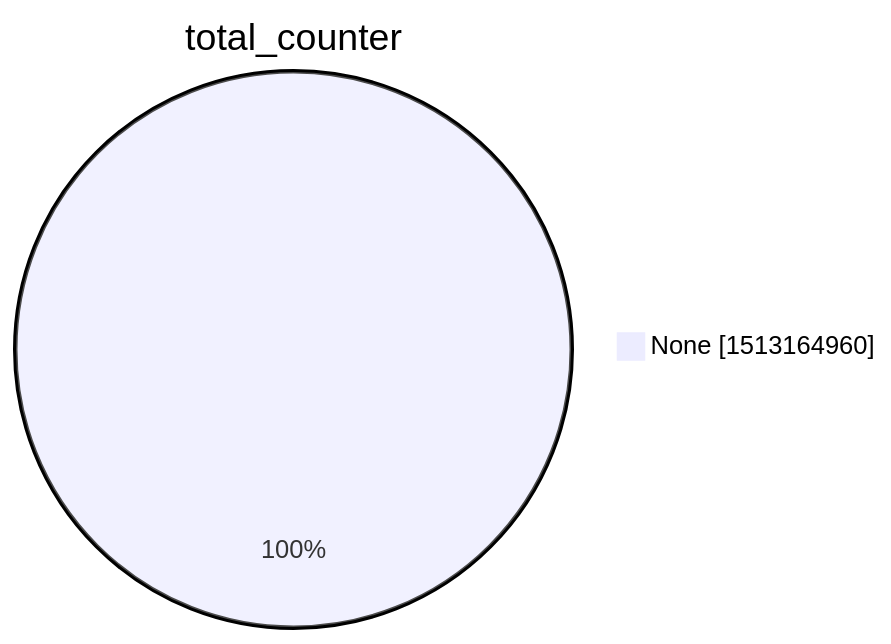
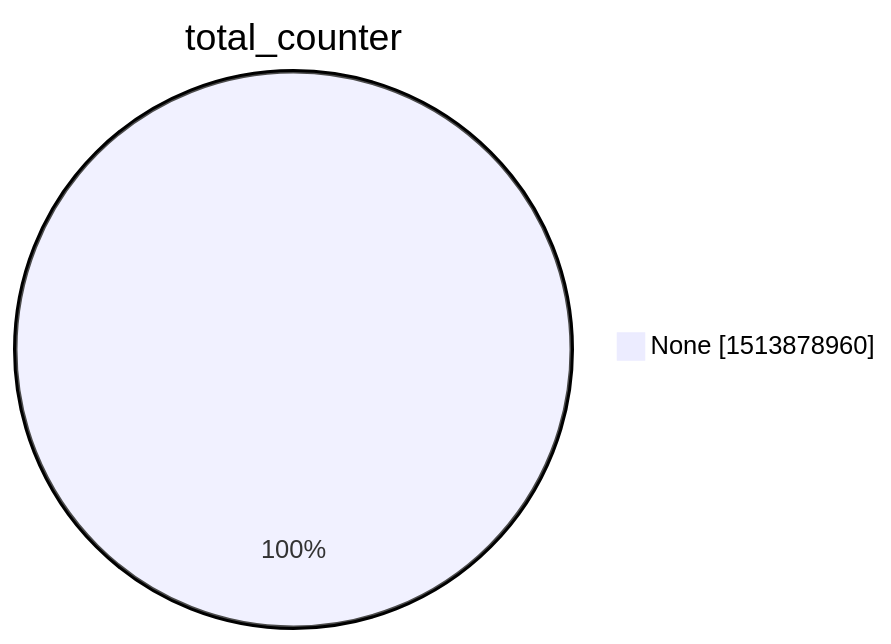
Before and after one commit to christiankrug/ctmonitor_visualization: the second of 15 diagrams in argon2022/README.md, drawn with Mermaid. The commit also changed other lines of this file, not shown here.

````diff
--- a/argon2022/README.md
+++ b/argon2022/README.md
@@ -9,5 +9,5 @@
 ```mermaid
 pie showData
 title total_counter
-"None" :1513164960
+"None" :1513878960
 ```
````
